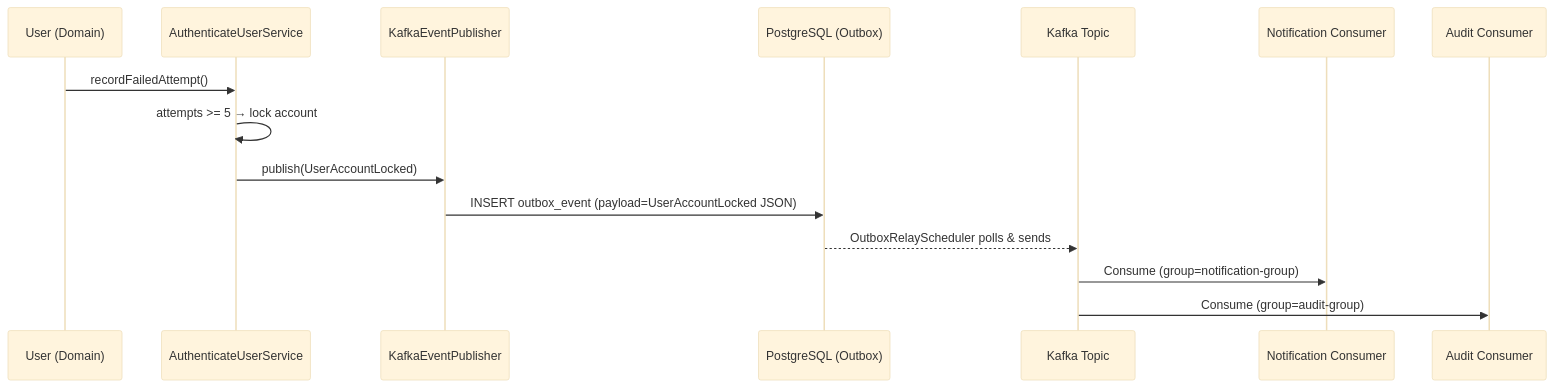
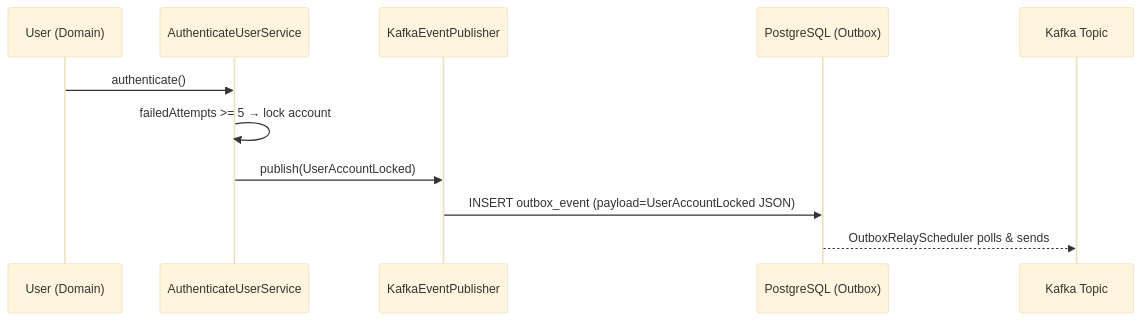
Before and after one commit to AlexAlvarezGallardo-GitHub/Aegis: the second of 2 diagrams in docs/obsidian/03 - Domain Events/UserAccountLocked.md, drawn with Mermaid (base theme). The commit also changed other lines of this file and 87 other files, not shown here.

````diff
--- a/docs/obsidian/03 - Domain Events/UserAccountLocked.md
+++ b/docs/obsidian/03 - Domain Events/UserAccountLocked.md
@@ -25,18 +21,14 @@
 ```mermaid
 sequenceDiagram
     participant User as User (Domain)
     participant Svc as AuthenticateUserService
     participant Pub as KafkaEventPublisher
     participant DB as PostgreSQL (Outbox)
     participant Kafka as Kafka Topic
-    participant Notification as Notification Consumer
-    participant Audit as Audit Consumer
 
-    User->>Svc: recordFailedAttempt()
-    Svc->>Svc: attempts >= 5 → lock account
+    User->>Svc: authenticate()
+    Svc->>Svc: failedAttempts >= 5 → lock account
     Svc->>Pub: publish(UserAccountLocked)
     Pub->>DB: INSERT outbox_event (payload=UserAccountLocked JSON)
     DB-->>Kafka: OutboxRelayScheduler polls & sends
-    Kafka->>Notification: Consume (group=notification-group)
-    Kafka->>Audit: Consume (group=audit-group)
 ```
````
